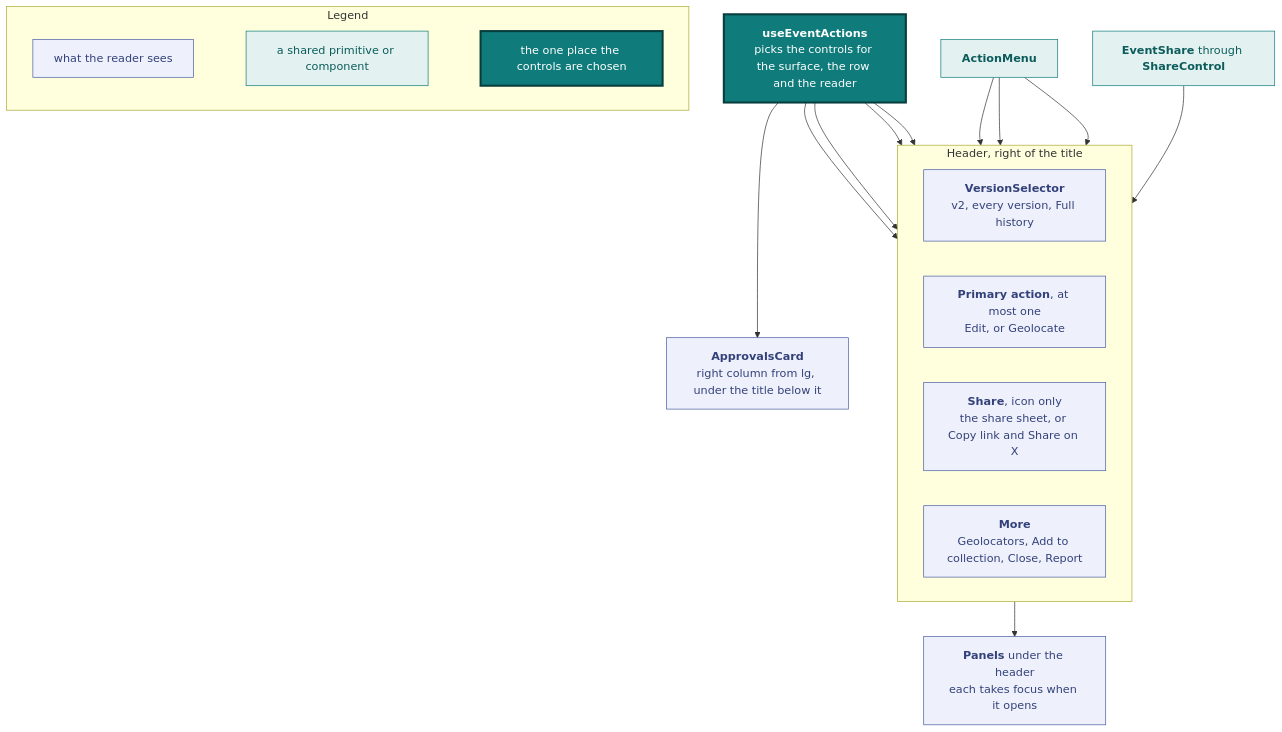
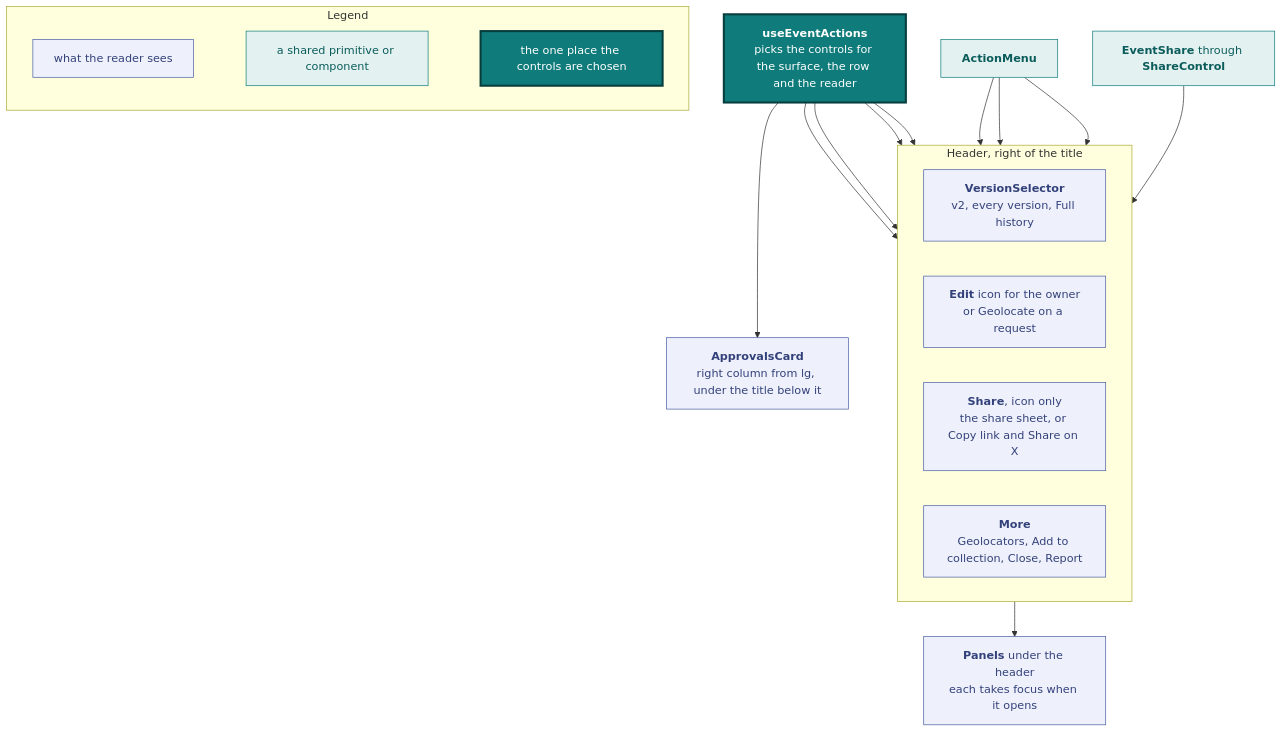
Before and after one commit to vidithq/vidit: the fourth of 9 diagrams in docs/design.md, drawn with Mermaid. The commit also changed other lines of this file and 9 other files, not shown here.

First line of the commit message:
feat: live-version Approvals card, lone menu items as icons, Edit icon

````diff
--- a/docs/design.md
+++ b/docs/design.md
@@ -452,47 +452,47 @@
 ```mermaid
 flowchart TB
   classDef spec fill:#eef1fb,stroke:#4a5fa5,color:#33417a
   classDef shared fill:#e3f2f1,stroke:#0f7b7a,color:#0b5c5b
   classDef core fill:#0f7b7a,stroke:#083f3e,stroke-width:3px,color:#ffffff
 
   subgraph legend [Legend]
     direction LR
     l1["`what the reader sees`"]:::spec
     l2["`a shared primitive or component`"]:::shared
     l3["`the one place the controls are chosen`"]:::core
     l1 ~~~ l2 ~~~ l3
   end
 
   hook["`**useEventActions**
   picks the controls for the surface, the row and the reader`"]:::core
 
   subgraph header [Header, right of the title]
     direction LR
     versions["`**VersionSelector**
     v2, every version, Full history`"]:::spec
-    primary["`**Primary action**, at most one
-    Edit, or Geolocate`"]:::spec
+    primary["`**Edit** icon for the owner
+    or Geolocate on a request`"]:::spec
     share["`**Share**, icon only
     the share sheet, or Copy link and Share on X`"]:::spec
     more["`**More**
     Geolocators, Add to collection, Close, Report`"]:::spec
   end
 
   menu["`**ActionMenu**`"]:::shared
   sharectl["`**EventShare** through **ShareControl**`"]:::shared
   panels["`**Panels** under the header
   each takes focus when it opens`"]:::spec
   card["`**ApprovalsCard**
   right column from lg, under the title below it`"]:::spec
 
   hook --> versions
   hook --> primary
   hook --> share
   hook --> more
   hook --> card
   menu --> versions
   menu --> share
   menu --> more
   sharectl --> share
   more --> panels
 ```
````
